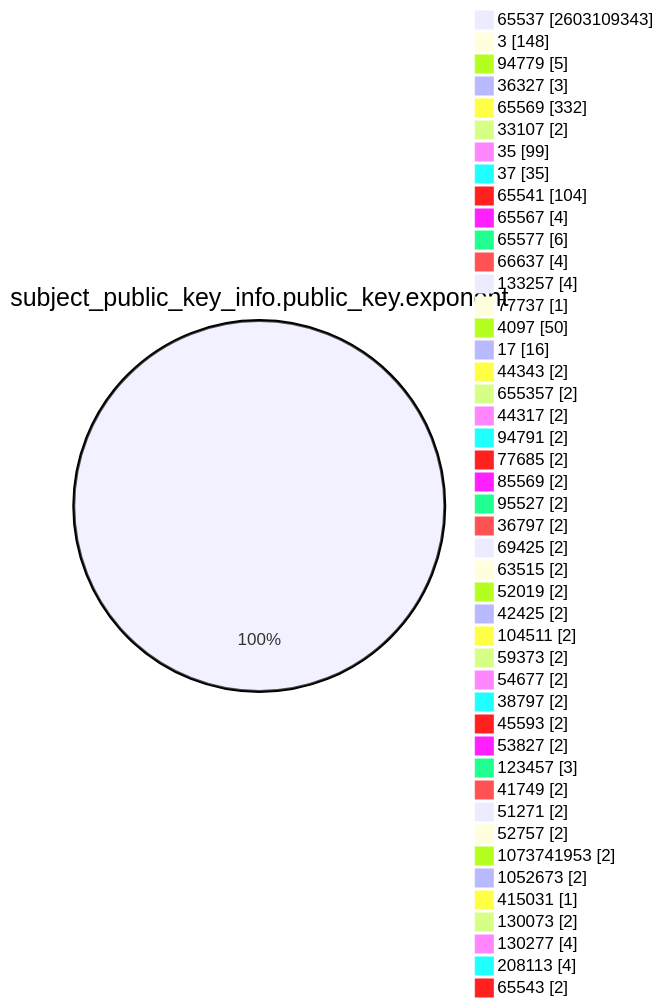
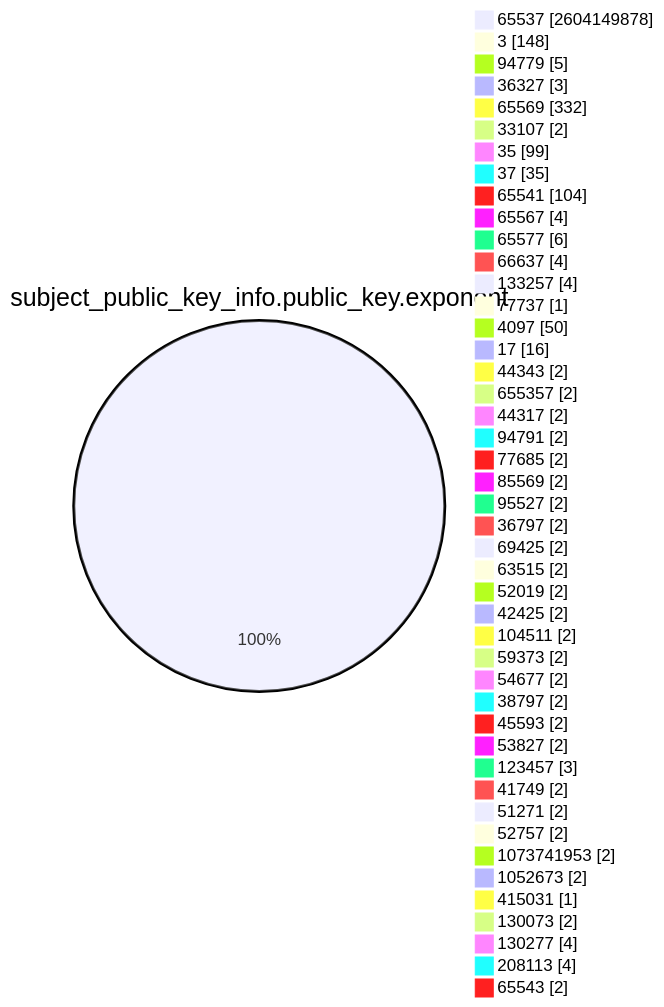
One commit to christiankrug/ctmonitor_visualization changed the fourth of 15 diagrams in TOTAL/README.md. Above: the diagram before and after it, drawn with Mermaid. The commit also changed other lines of this file, not shown here.

````diff
--- a/TOTAL/README.md
+++ b/TOTAL/README.md
@@ -1465,49 +1465,49 @@
 ```mermaid
 pie showData
 title subject_public_key_info.public_key.exponent
-"65537" :2603109343
+"65537" :2604149878
 "3" :148
 "94779" :5
 "36327" :3
 "65569" :332
 "33107" :2
 "35" :99
 "37" :35
 "65541" :104
 "65567" :4
 "65577" :6
 "66637" :4
 "133257" :4
 "77737" :1
 "4097" :50
 "17" :16
 "44343" :2
 "655357" :2
 "44317" :2
 "94791" :2
 "77685" :2
 "85569" :2
 "95527" :2
 "36797" :2
 "69425" :2
 "63515" :2
 "52019" :2
 "42425" :2
 "104511" :2
 "59373" :2
 "54677" :2
 "38797" :2
 "45593" :2
 "53827" :2
 "123457" :3
 "41749" :2
 "51271" :2
 "52757" :2
 "1073741953" :2
 "1052673" :2
 "415031" :1
 "130073" :2
 "130277" :4
 "208113" :4
 "65543" :2
 ```
````
